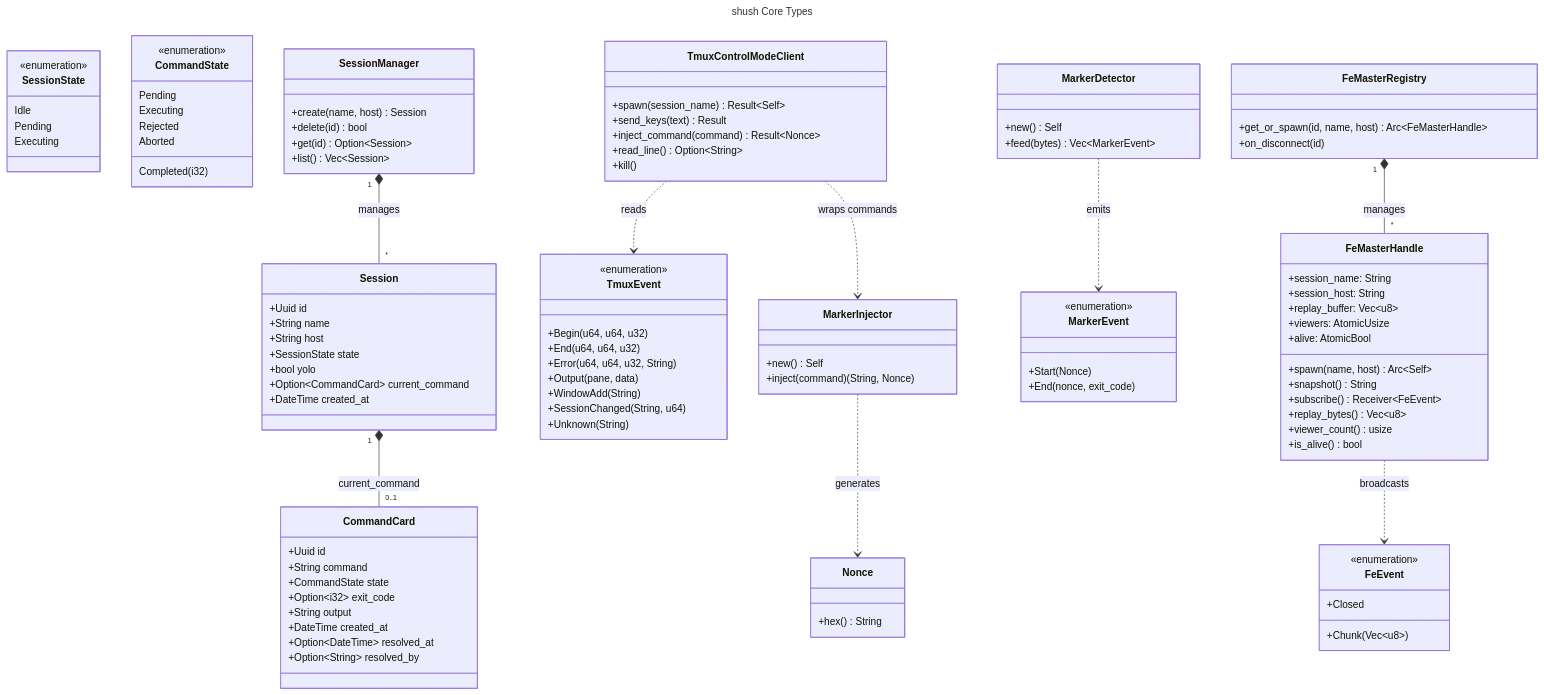
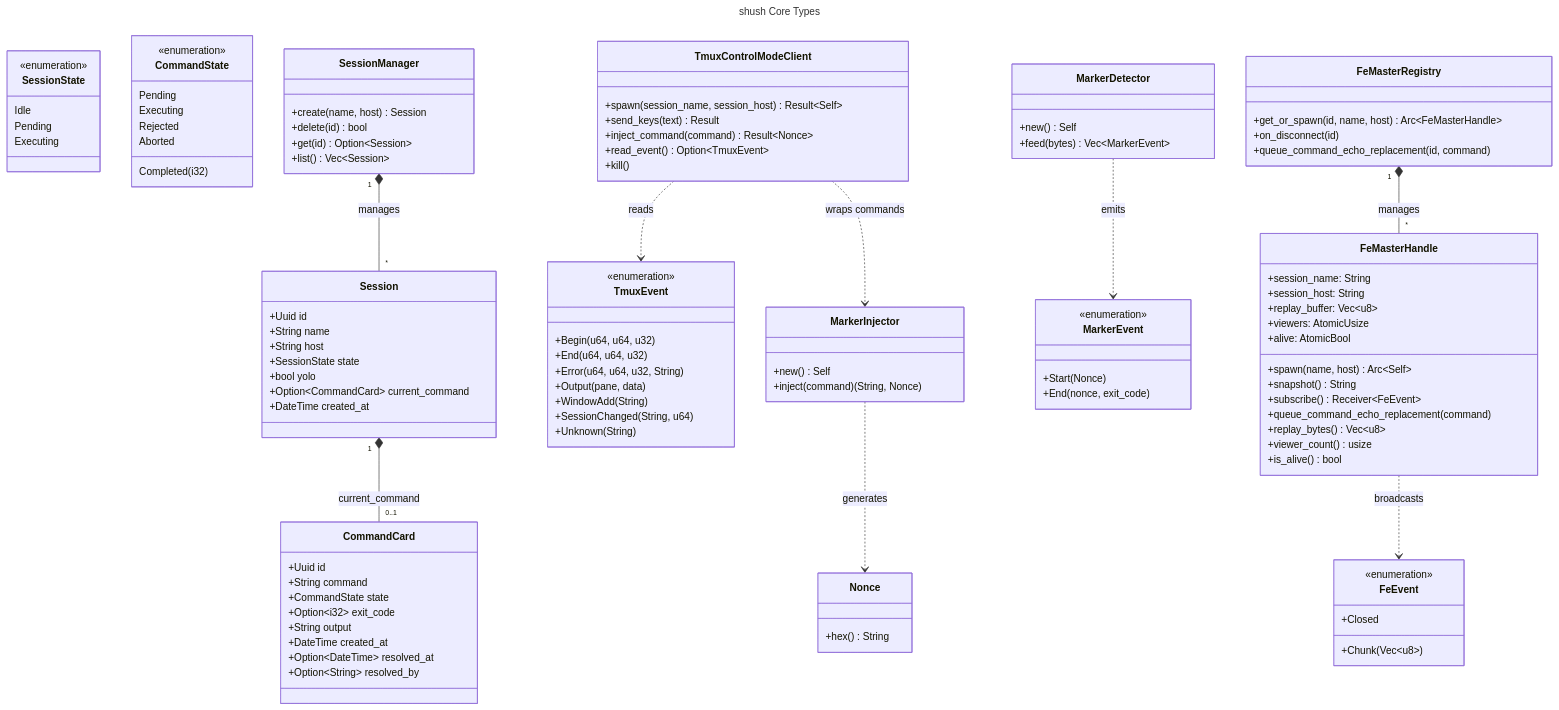
One commit to cfchou/shush changed the first of 6 diagrams in docs/shush-v01-plan-diagrams.md. Above: the diagram before and after it, drawn with Mermaid. The commit also changed other lines of this file and 8 other files, not shown here.

Commit message:
fix: complete marker flow on control mode

```diff
--- a/docs/shush-v01-plan-diagrams.md
+++ b/docs/shush-v01-plan-diagrams.md
@@ -52,10 +52,10 @@
     }
 
     class TmuxControlModeClient {
-        +spawn(session_name) Result~Self~
+        +spawn(session_name, session_host) Result~Self~
         +send_keys(text) Result
         +inject_command(command) Result~Nonce~
-        +read_line() Option~String~
+        +read_event() Option~TmuxEvent~
         +kill()
     }
 
@@ -105,6 +105,7 @@
         +spawn(name, host) Arc~Self~
         +snapshot() String
         +subscribe() Receiver~FeEvent~
+        +queue_command_echo_replacement(command)
         +replay_bytes() Vec~u8~
         +viewer_count() usize
         +is_alive() bool
@@ -113,6 +114,7 @@
     class FeMasterRegistry {
         +get_or_spawn(id, name, host) Arc~FeMasterHandle~
         +on_disconnect(id)
+        +queue_command_echo_replacement(id, command)
     }
 
     Session "1" *-- "0..1" CommandCard : current_command
```
